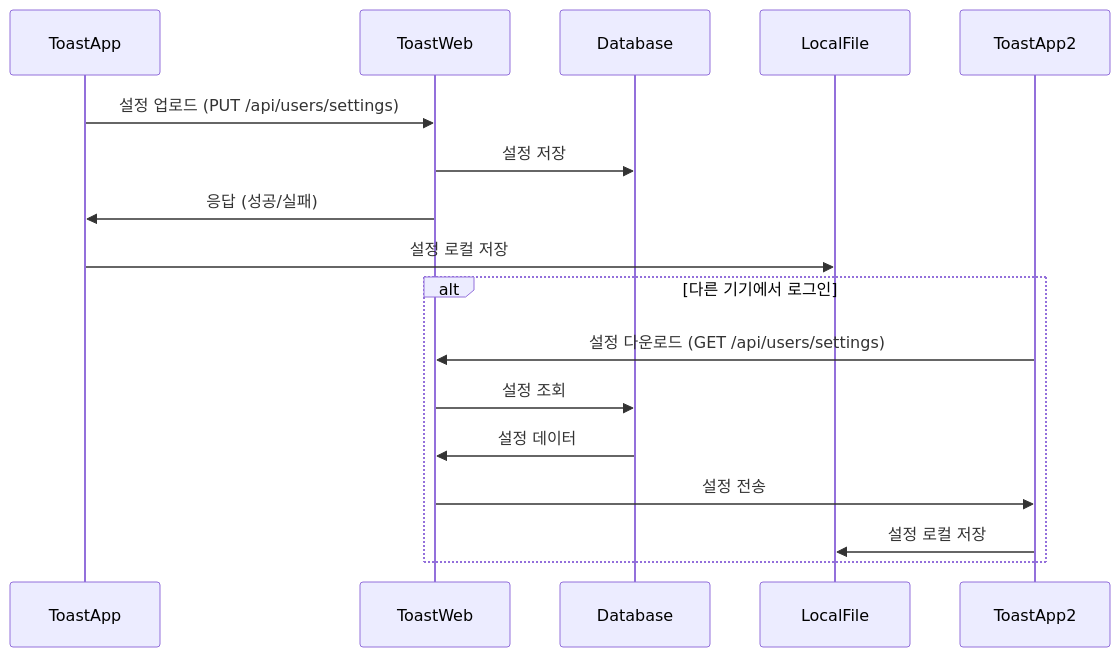
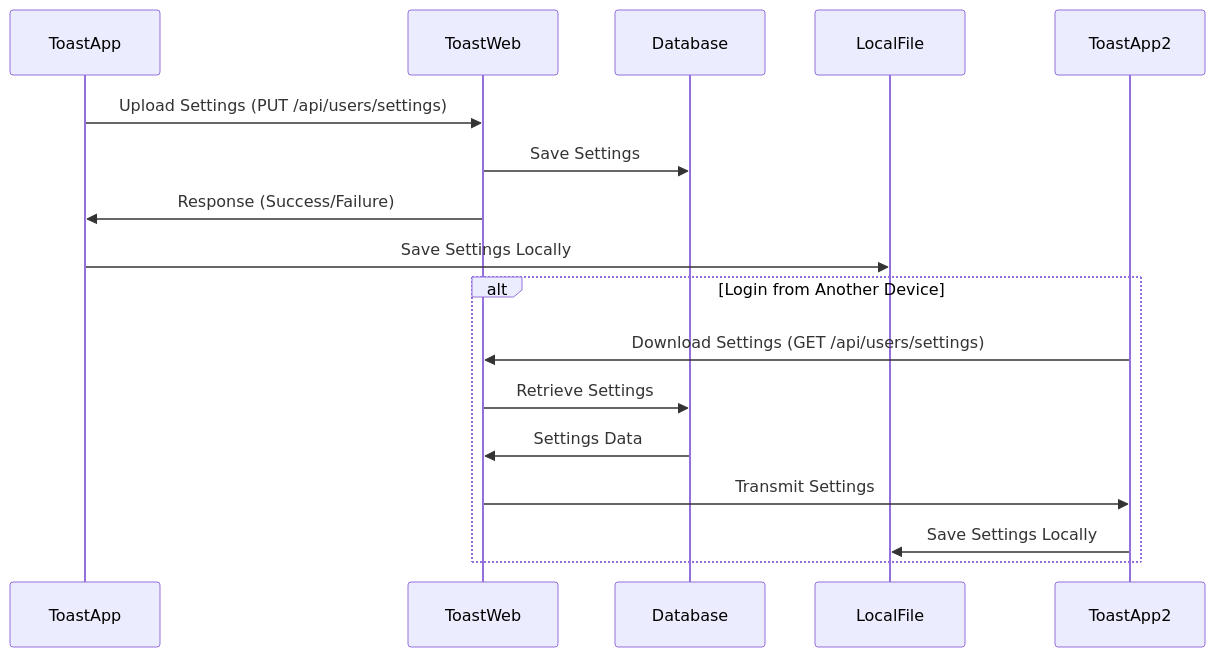
Before and after one commit to opspresso/toast-app: the diagram in docs/CLOUD_SYNC.md, drawn with Mermaid. The commit also changed other lines of this file and 9 other files, not shown here.

````diff
--- a/docs/CLOUD_SYNC.md
+++ b/docs/CLOUD_SYNC.md
@@ -23,20 +24,20 @@
 ```mermaid
 sequenceDiagram
     participant ToastApp
     participant ToastWeb
     participant Database
     participant LocalFile
 
-    ToastApp->>ToastWeb: 설정 업로드 (PUT /api/users/settings)
-    ToastWeb->>Database: 설정 저장
-    ToastWeb->>ToastApp: 응답 (성공/실패)
-    ToastApp->>LocalFile: 설정 로컬 저장
+    ToastApp->>ToastWeb: Upload Settings (PUT /api/users/settings)
+    ToastWeb->>Database: Save Settings
+    ToastWeb->>ToastApp: Response (Success/Failure)
+    ToastApp->>LocalFile: Save Settings Locally
 
-    alt 다른 기기에서 로그인
-        ToastApp2->>ToastWeb: 설정 다운로드 (GET /api/users/settings)
-        ToastWeb->>Database: 설정 조회
-        Database->>ToastWeb: 설정 데이터
-        ToastWeb->>ToastApp2: 설정 전송
-        ToastApp2->>LocalFile: 설정 로컬 저장
+    alt Login from Another Device
+        ToastApp2->>ToastWeb: Download Settings (GET /api/users/settings)
+        ToastWeb->>Database: Retrieve Settings
+        Database->>ToastWeb: Settings Data
+        ToastWeb->>ToastApp2: Transmit Settings
+        ToastApp2->>LocalFile: Save Settings Locally
     end
 ```
````
